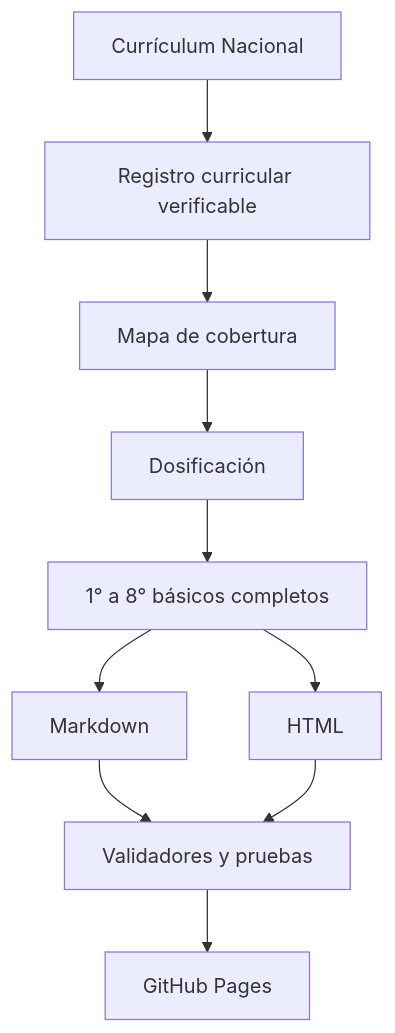
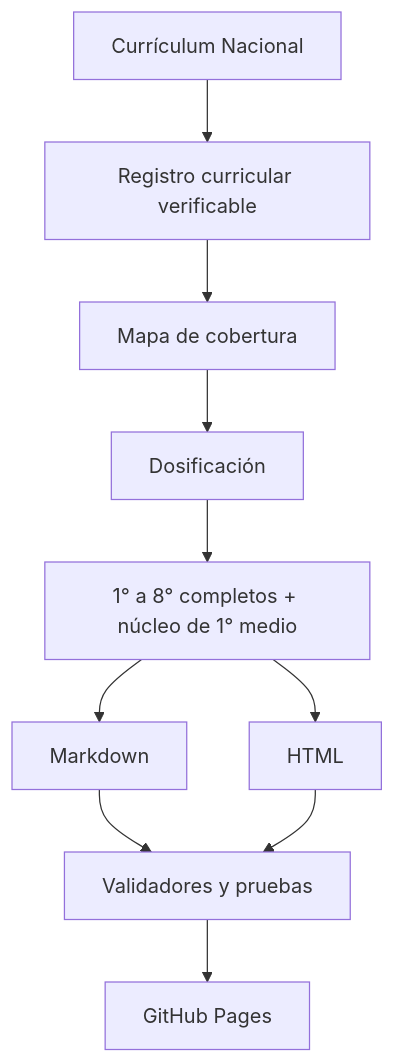
One commit to vladimiracunadev-create/chilean-school-learning-path changed the second of 2 diagrams in README.md. Above: the diagram before and after it, drawn with Mermaid. The commit also changed other lines of this file and 184 other files, not shown here.

````diff
--- a/README.md
+++ b/README.md
@@ -430,12 +448,12 @@
 ```mermaid
 flowchart TD
     A[Currículum Nacional] --> B[Registro curricular verificable]
     B --> C[Mapa de cobertura]
     C --> D[Dosificación]
-    D --> E[1° a 8° básicos completos]
+    D --> E[1° a 8° completos + núcleo de 1° medio]
     E --> F[Markdown]
     E --> G[HTML]
     F --> H[Validadores y pruebas]
     G --> H
     H --> I[GitHub Pages]
 ```
````
